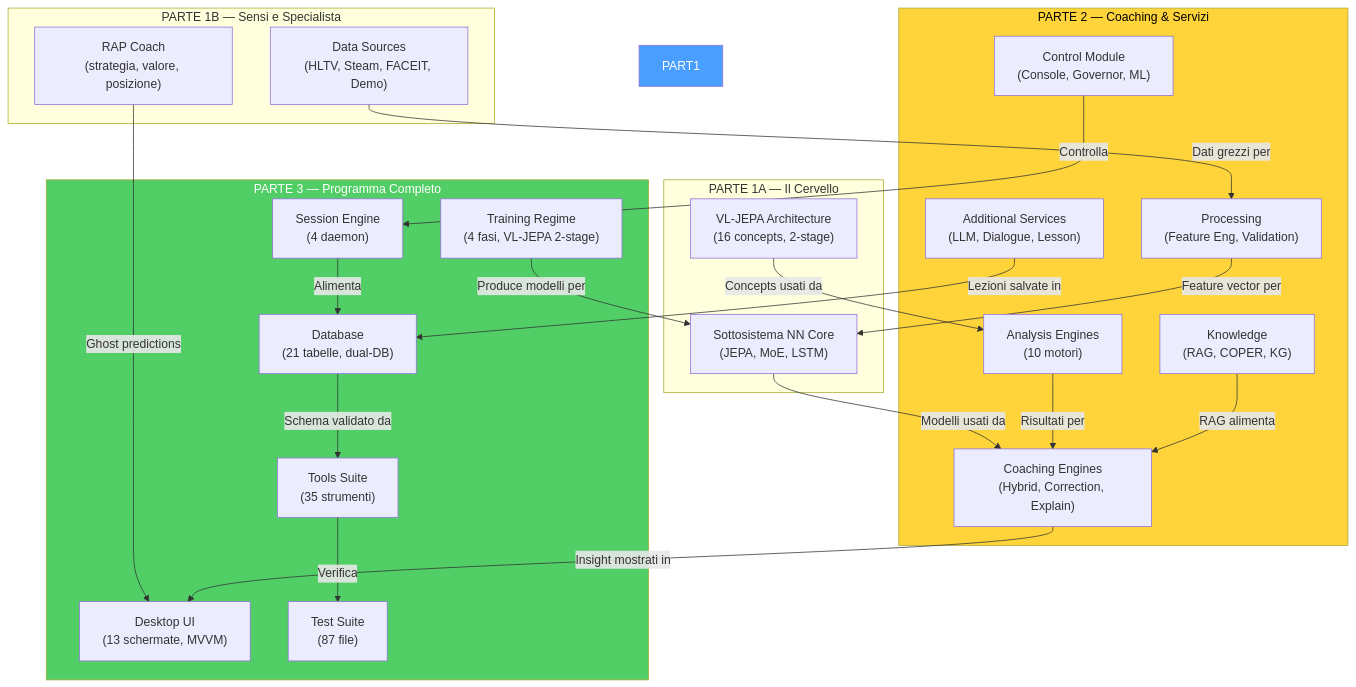
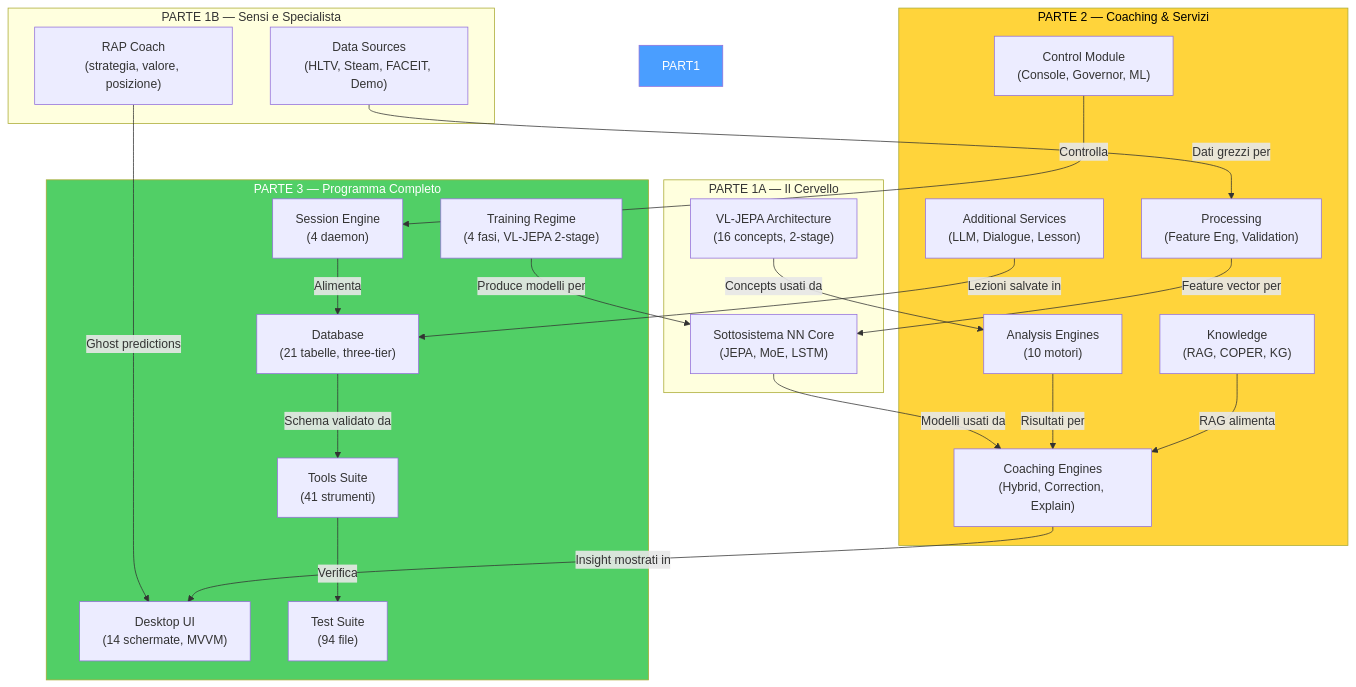
Diagram 55 of 55 in docs/books/Book-Coach-3.md (renanaugustomacena-ux/Counter-Strike-coach-AI), drawn with Mermaid before and after one commit. The commit also changed other lines of this file, not shown here.

````diff
--- a/docs/books/Book-Coach-3.md
+++ b/docs/books/Book-Coach-3.md
@@ -3052,46 +3073,46 @@
 ```mermaid
 flowchart TB
     subgraph PART1A["PARTE 1A — Il Cervello"]
         P1_NN["Sottosistema NN Core<br/>(JEPA, MoE, LSTM)"]
         P1_VL["VL-JEPA Architecture<br/>(16 concepts, 2-stage)"]
     end
     subgraph PART1B["PARTE 1B — Sensi e Specialista"]
         P1_RAP["RAP Coach<br/>(strategia, valore, posizione)"]
         P1_DS["Data Sources<br/>(HLTV, Steam, FACEIT, Demo)"]
     end
     subgraph PART2["PARTE 2 — Coaching & Servizi"]
         P2_CE["Coaching Engines<br/>(Hybrid, Correction, Explain)"]
         P2_SV["Additional Services<br/>(LLM, Dialogue, Lesson)"]
         P2_AN["Analysis Engines<br/>(10 motori)"]
         P2_KN["Knowledge<br/>(RAG, COPER, KG)"]
         P2_PR["Processing<br/>(Feature Eng, Validation)"]
         P2_CT["Control Module<br/>(Console, Governor, ML)"]
     end
     subgraph PART3["PARTE 3 — Programma Completo"]
-        P3_DB["Database<br/>(21 tabelle, dual-DB)"]
+        P3_DB["Database<br/>(21 tabelle, three-tier)"]
         P3_TR["Training Regime<br/>(4 fasi, VL-JEPA 2-stage)"]
-        P3_UI["Desktop UI<br/>(13 schermate, MVVM)"]
+        P3_UI["Desktop UI<br/>(14 schermate, MVVM)"]
         P3_SE["Session Engine<br/>(4 daemon)"]
-        P3_TL["Tools Suite<br/>(35 strumenti)"]
-        P3_TS["Test Suite<br/>(87 file)"]
+        P3_TL["Tools Suite<br/>(41 strumenti)"]
+        P3_TS["Test Suite<br/>(94 file)"]
     end
 
     P1_NN -->|"Modelli usati da"| P2_CE
     P1_VL -->|"Concepts usati da"| P2_AN
     P1_RAP -->|"Ghost predictions"| P3_UI
     P1_DS -->|"Dati grezzi per"| P2_PR
     P2_CE -->|"Insight mostrati in"| P3_UI
     P2_SV -->|"Lezioni salvate in"| P3_DB
     P2_AN -->|"Risultati per"| P2_CE
     P2_KN -->|"RAG alimenta"| P2_CE
     P2_PR -->|"Feature vector per"| P1_NN
     P2_CT -->|"Controlla"| P3_SE
     P3_DB -->|"Schema validato da"| P3_TL
     P3_TR -->|"Produce modelli per"| P1_NN
     P3_SE -->|"Alimenta"| P3_DB
     P3_TL -->|"Verifica"| P3_TS
 
     style PART1 fill:#4a9eff,color:#fff
     style PART2 fill:#ffd43b,color:#000
     style PART3 fill:#51cf66,color:#fff
 ```
````
